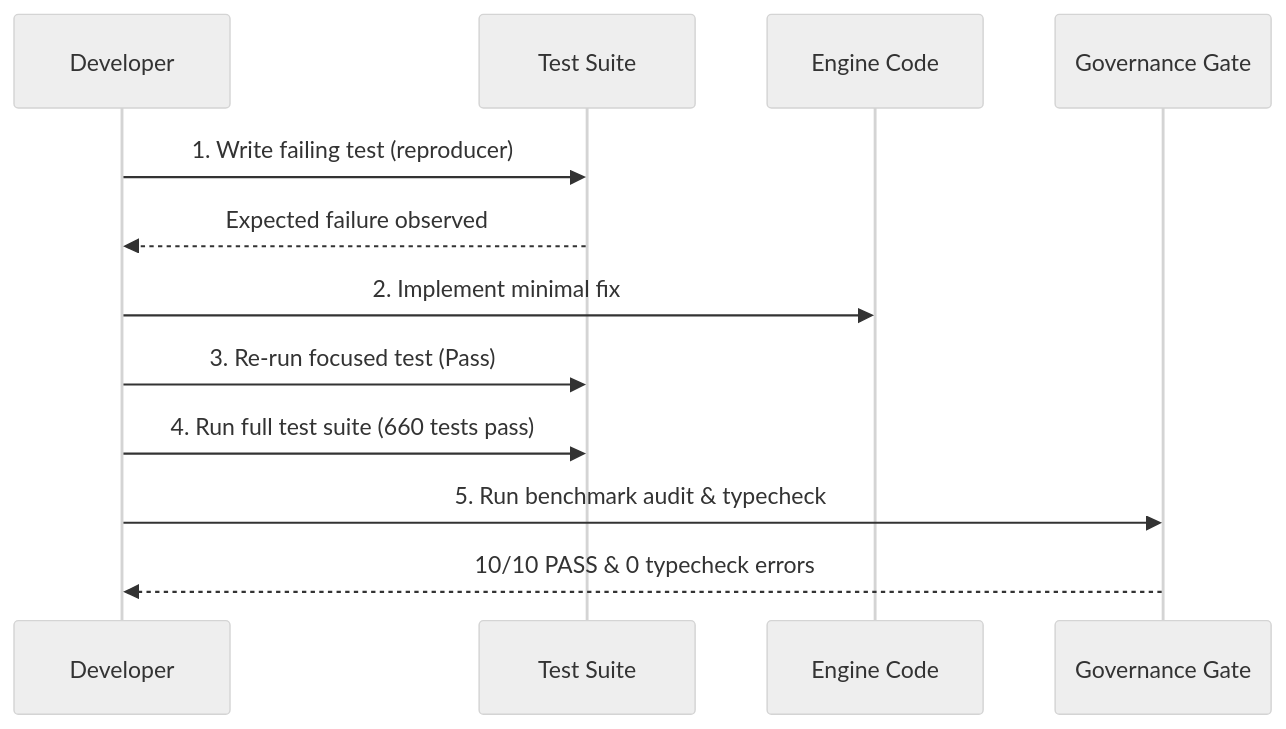
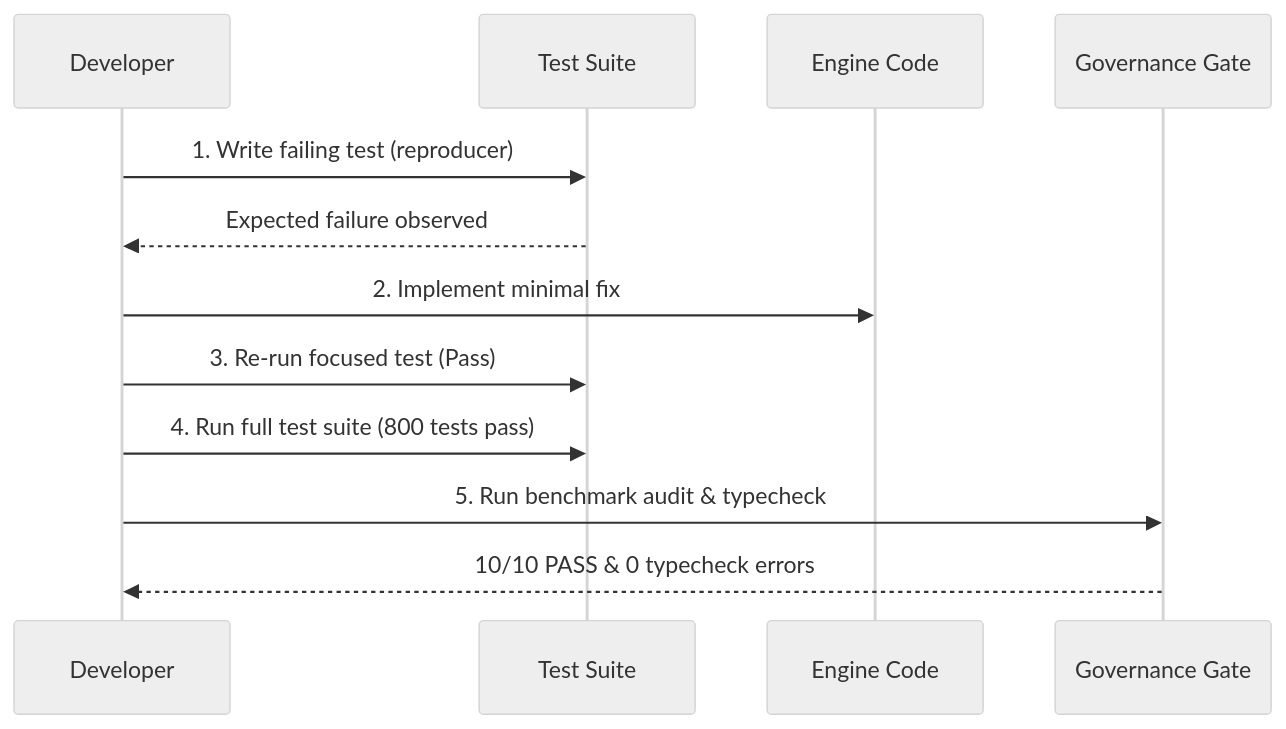
Before and after one commit to raitaskeen/LegacyExodus: the diagram in docs/development/local-development.md, drawn with Mermaid (neutral theme). The commit also changed 20 other files, not shown here.

````diff
--- a/docs/development/local-development.md
+++ b/docs/development/local-development.md
@@ -64,15 +64,15 @@
 ```mermaid
 sequenceDiagram
     participant Dev as Developer
     participant Test as Test Suite
     participant Engine as Engine Code
     participant Gov as Governance Gate
 
     Dev->>Test: 1. Write failing test (reproducer)
     Test-->>Dev: Expected failure observed
     Dev->>Engine: 2. Implement minimal fix
     Dev->>Test: 3. Re-run focused test (Pass)
-    Dev->>Test: 4. Run full test suite (660 tests pass)
+    Dev->>Test: 4. Run full test suite (800 tests pass)
     Dev->>Gov: 5. Run benchmark audit & typecheck
     Gov-->>Dev: 10/10 PASS & 0 typecheck errors
 ```
````
